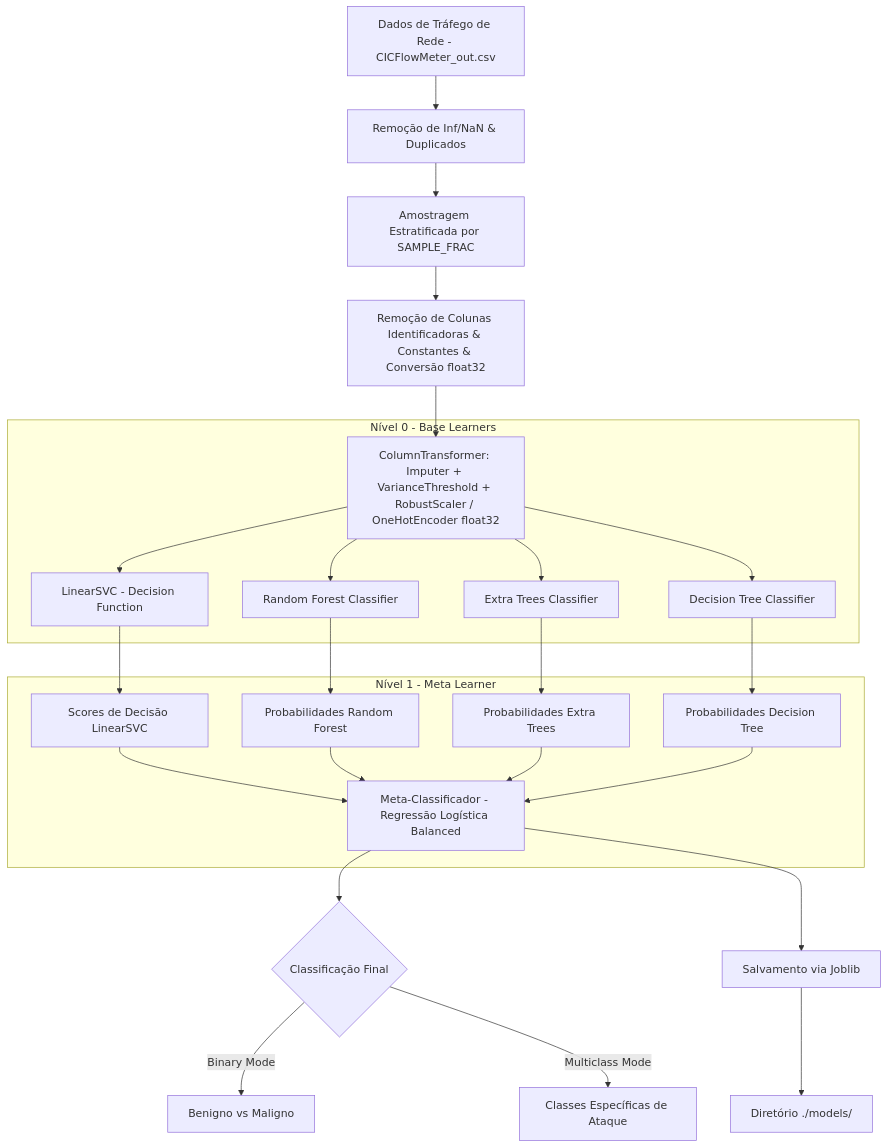
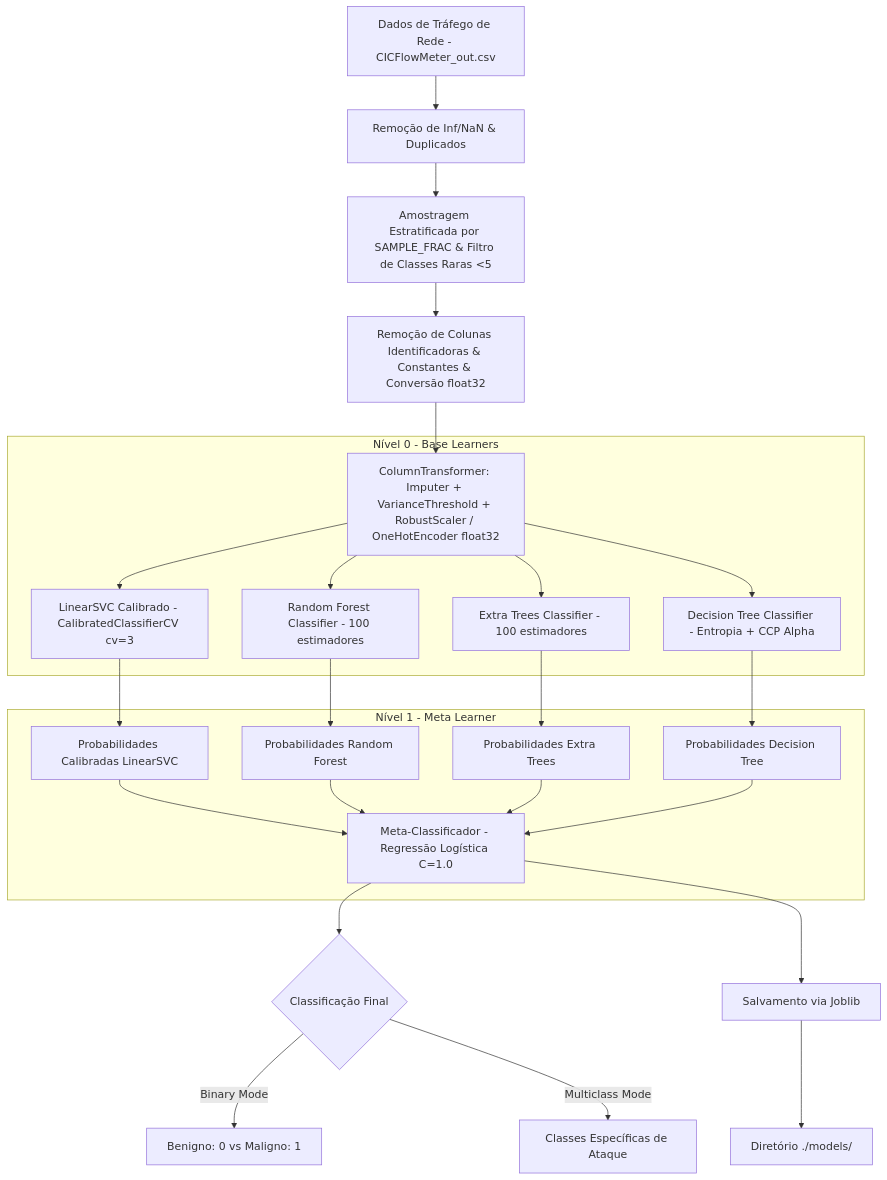
One commit to yyggrasil/AIDS changed the first of 3 diagrams in specs/architecture.md. Above: the diagram before and after it, drawn with Mermaid. The commit also changed other lines of this file and 2 other files, not shown here.

First line of the commit message:
docs(specs): update architecture, tech stack, and main README with Edge module and SVM specs

````diff
--- a/specs/architecture.md
+++ b/specs/architecture.md
@@ -58,32 +63,32 @@
 ```mermaid
 flowchart TD
     A[Dados de Tráfego de Rede - CICFlowMeter_out.csv] --> B[Remoção de Inf/NaN & Duplicados]
-    B --> C[Amostragem Estratificada por SAMPLE_FRAC]
+    B --> C[Amostragem Estratificada por SAMPLE_FRAC & Filtro de Classes Raras <5]
     C --> D[Remoção de Colunas Identificadoras & Constantes & Conversão float32]
     D --> E[ColumnTransformer: Imputer + VarianceThreshold + RobustScaler / OneHotEncoder float32]
 
     subgraph Nível 0 - Base Learners
-        E --> F[LinearSVC - Decision Function]
-        E --> G[Random Forest Classifier]
-        E --> H[Extra Trees Classifier]
-        E --> I[Decision Tree Classifier]
+        E --> F[LinearSVC Calibrado - CalibratedClassifierCV cv=3]
+        E --> G[Random Forest Classifier - 100 estimadores]
+        E --> H[Extra Trees Classifier - 100 estimadores]
+        E --> I[Decision Tree Classifier - Entropia + CCP Alpha]
     end
 
-    F --> J[Scores de Decisão LinearSVC]
+    F --> J[Probabilidades Calibradas LinearSVC]
     G --> K[Probabilidades Random Forest]
     H --> L[Probabilidades Extra Trees]
     I --> M[Probabilidades Decision Tree]
 
     subgraph Nível 1 - Meta Learner
-        J --> N[Meta-Classificador - Regressão Logística Balanced]
+        J --> N[Meta-Classificador - Regressão Logística C=1.0]
         K --> N
         L --> N
         M --> N
     end
 
     N --> O{Classificação Final}
-    O -->|Binary Mode| P[Benigno vs Maligno]
+    O -->|Binary Mode| P[Benigno: 0 vs Maligno: 1]
     O -->|Multiclass Mode| Q[Classes Específicas de Ataque]
 
     N --> R[Salvamento via Joblib] --> S[Diretório ./models/]
 ```
````
